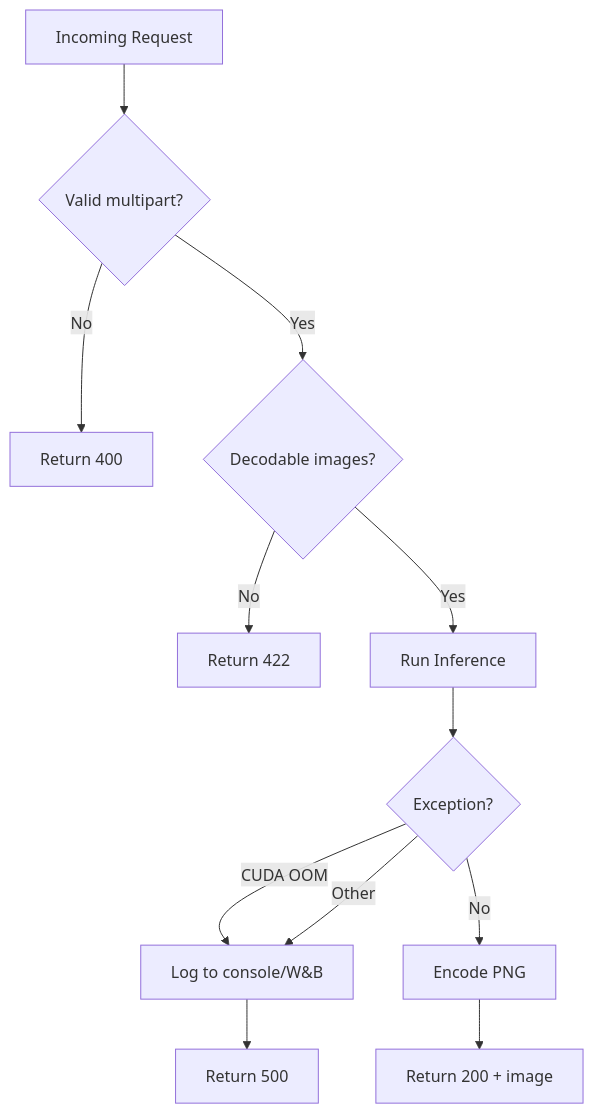
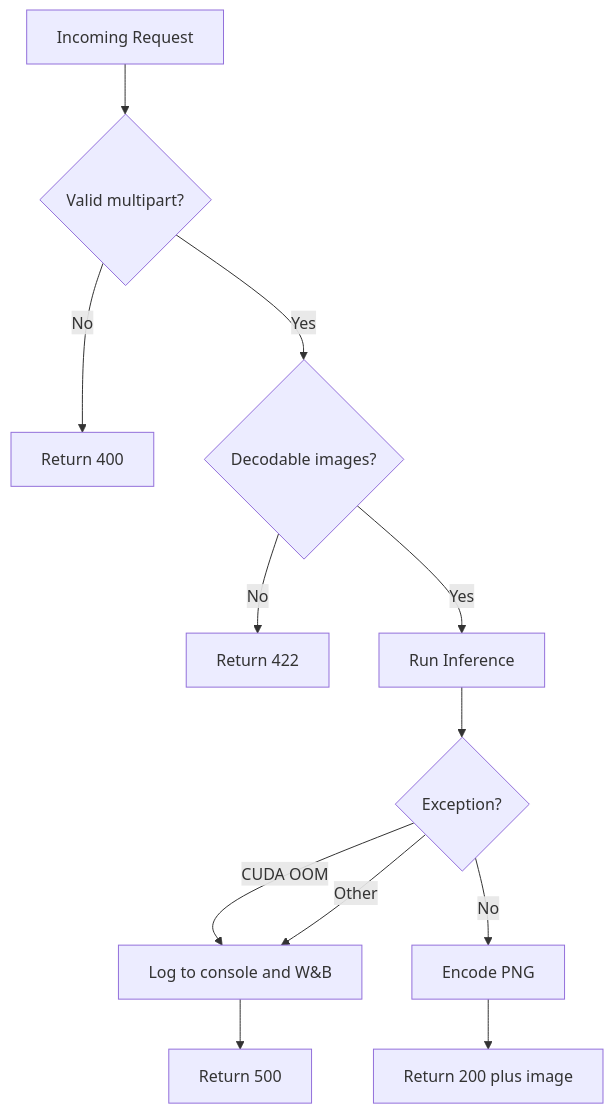
One commit to Abhyu-S/kortex-sdxl changed diagram 24 of 26 in Documentation.md. Above: the diagram before and after it, drawn with Mermaid. The commit also changed other lines of this file, not shown here.

Commit message:
Fix Mermaid diagram separation - add missing closing fence

````diff
--- a/Documentation.md
+++ b/Documentation.md
@@ -1216,14 +1218,14 @@
 ```mermaid
 flowchart TD
     Req[Incoming Request] --> Val{Valid multipart?}
     Val -->|No| E400[Return 400]
     Val -->|Yes| Dec{Decodable images?}
     Dec -->|No| E422[Return 422]
     Dec -->|Yes| Inf[Run Inference]
     Inf --> Err{Exception?}
-    Err -->|CUDA OOM| Log[Log to console/W&B]
+    Err -->|CUDA OOM| Log[Log to console and W&B]
     Log --> E500[Return 500]
     Err -->|Other| Log
     Err -->|No| Enc[Encode PNG]
-    Enc --> Res[Return 200 + image]
+    Enc --> Res[Return 200 plus image]
 ```
````
